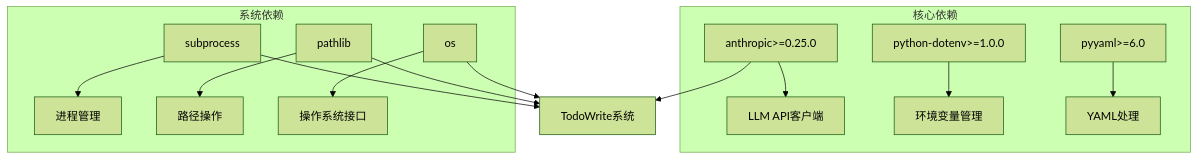
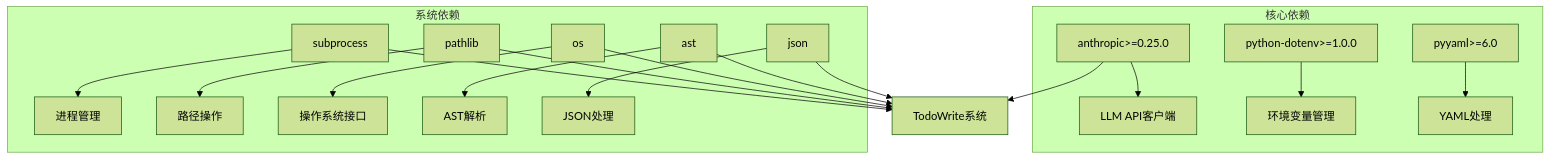
The tenth of 11 diagrams in .qoder/repowiki/zh/content/规划与知识管理/TodoWrite任务管理系统.md (haolange/learn-claude-code), drawn with Mermaid (forest theme) before and after one commit. The commit also changed other lines of this file and 6 other files, not shown here.

````diff
--- a/.qoder/repowiki/zh/content/规划与知识管理/TodoWrite任务管理系统.md
+++ b/.qoder/repowiki/zh/content/规划与知识管理/TodoWrite任务管理系统.md
@@ -277,17 +422,21 @@
 ```mermaid
 graph TB
 subgraph "核心依赖"
 A[anthropic>=0.25.0] --> B[LLM API客户端]
 C[python-dotenv>=1.0.0] --> D[环境变量管理]
 E[pyyaml>=6.0] --> F[YAML处理]
 end
 subgraph "系统依赖"
 G[subprocess] --> H[进程管理]
 I[pathlib] --> J[路径操作]
 K[os] --> L[操作系统接口]
+M[ast] --> N[AST解析]
+O[json] --> P[JSON处理]
 end
-A --> M[TodoWrite系统]
-G --> M
-I --> M
-K --> M
+A --> Q[TodoWrite系统]
+G --> Q
+I --> Q
+K --> Q
+M --> Q
+O --> Q
 ```
````
